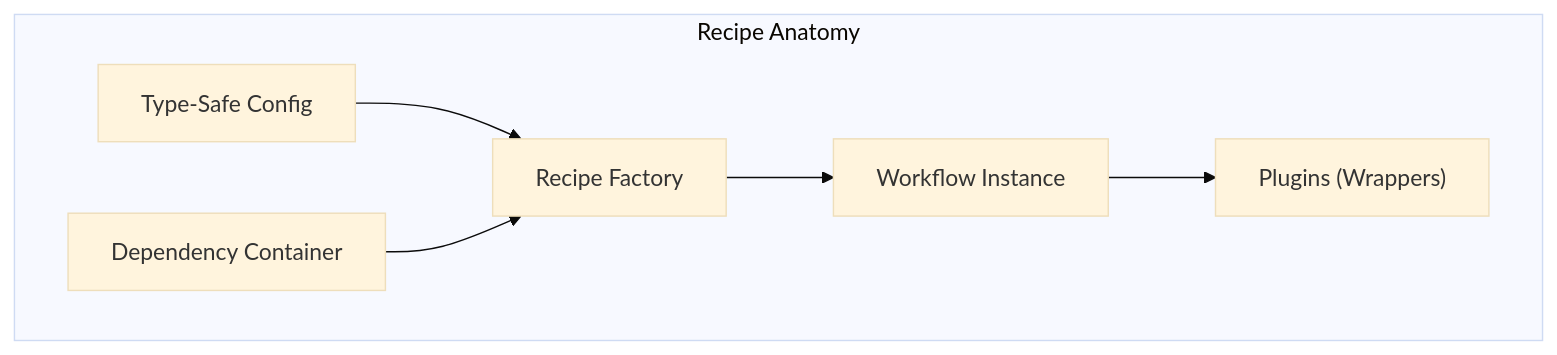
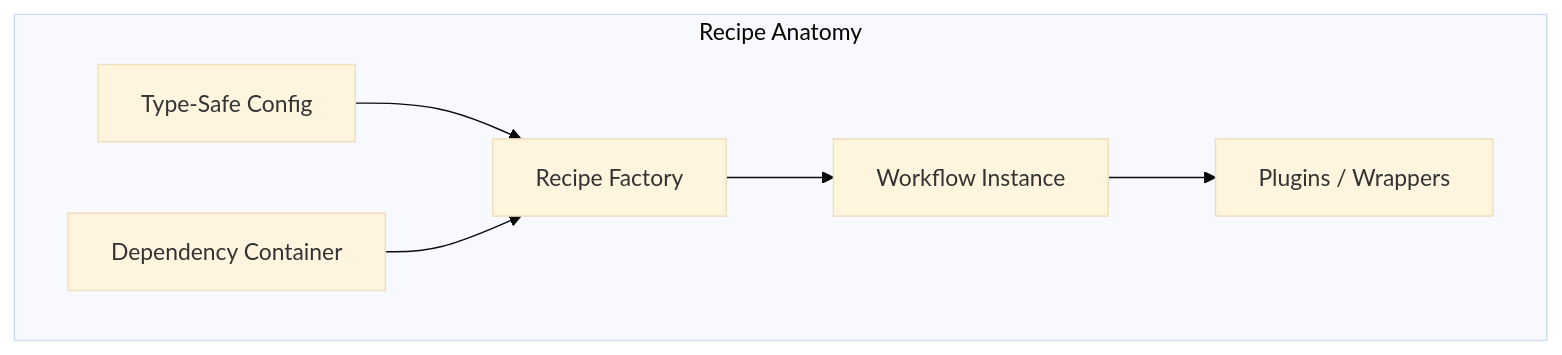
The first of 2 diagrams in docs/guide/core-concepts.md (theGeekist/llm-core), drawn with Mermaid (base theme) before and after one commit. The commit also changed other lines of this file and 39 other files, not shown here.

````diff
--- a/docs/guide/core-concepts.md
+++ b/docs/guide/core-concepts.md
@@ -15,9 +17,9 @@
 ```mermaid
 graph TD
     subgraph Recipe Anatomy
         Config[Type-Safe Config] --> Factory[Recipe Factory]
         Deps[Dependency Container] --> Factory
         Factory --> Workflow[Workflow Instance]
-        Workflow --> Plugins["Plugins (Wrappers)"]
+        Workflow --> Plugins[Plugins / Wrappers]
     end
 ```
````
